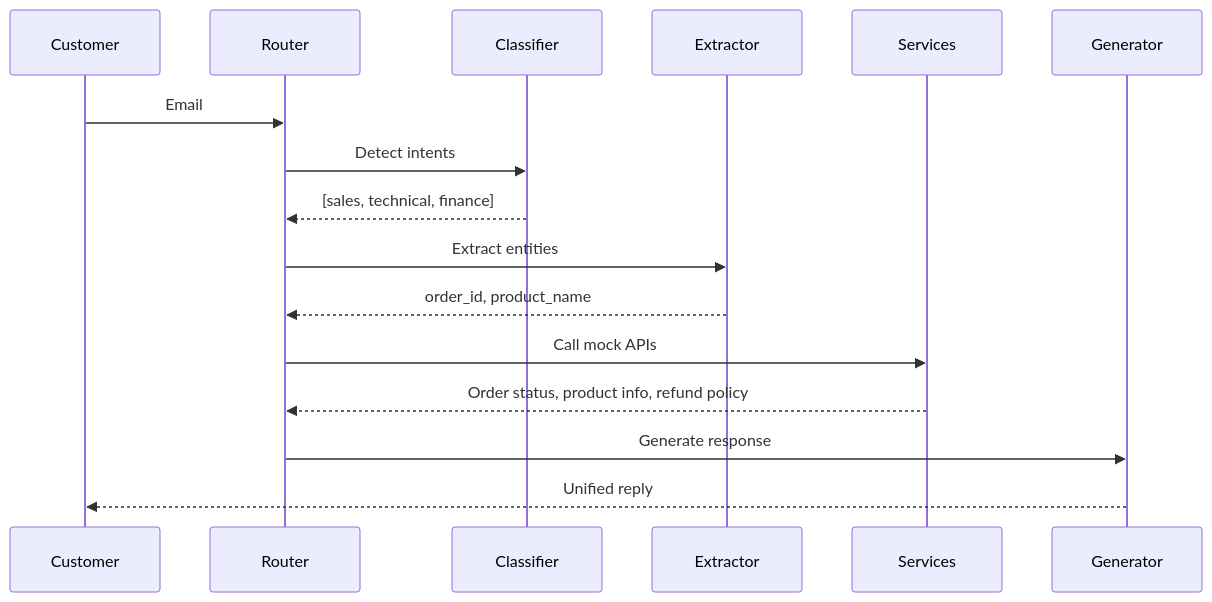
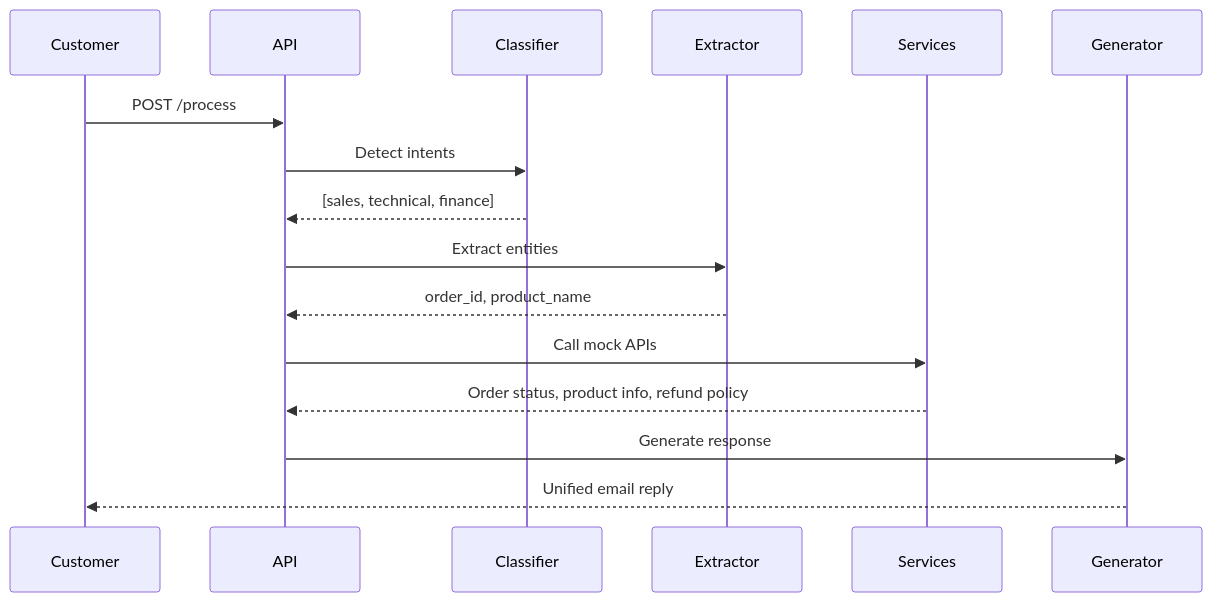
The diagram in README.md (AmirMohammad-Sharbati/email-ai-support-orchestrator), drawn with Mermaid before and after one commit. The commit also changed other lines of this file, not shown here.

````diff
--- a/README.md
+++ b/README.md
@@ -154,12 +202,12 @@
 ```mermaid
 sequenceDiagram
-    Customer->>Router: Email
-    Router->>Classifier: Detect intents
-    Classifier-->>Router: [sales, technical, finance]
-    Router->>Extractor: Extract entities
-    Extractor-->>Router: order_id, product_name
-    Router->>Services: Call mock APIs
-    Services-->>Router: Order status, product info, refund policy
-    Router->>Generator: Generate response
-    Generator-->>Customer: Unified reply
+    Customer->>API: POST /process
+    API->>Classifier: Detect intents
+    Classifier-->>API: [sales, technical, finance]
+    API->>Extractor: Extract entities
+    Extractor-->>API: order_id, product_name
+    API->>Services: Call mock APIs
+    Services-->>API: Order status, product info, refund policy
+    API->>Generator: Generate response
+    Generator-->>Customer: Unified email reply
 ```
````
